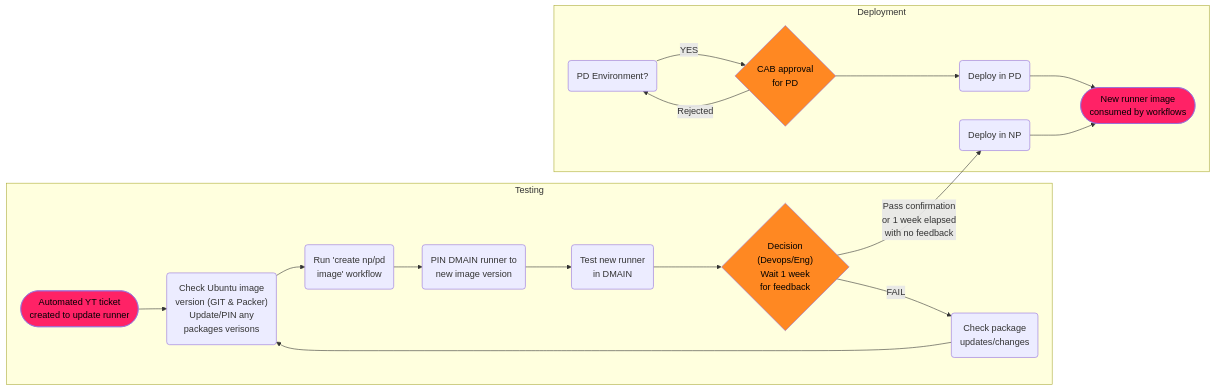
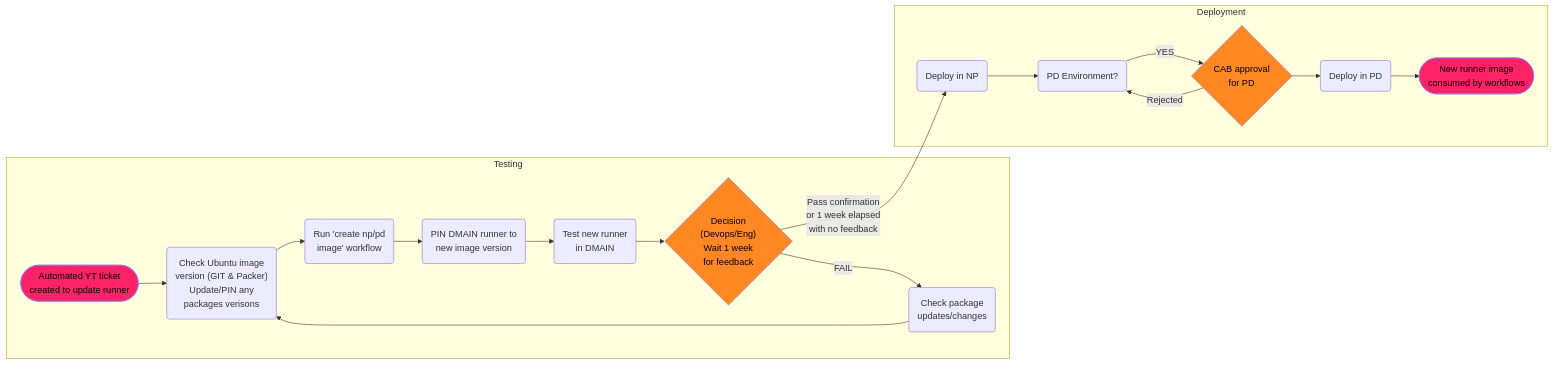
The diagram in memaid1.md (AlexBritton-CAL/markdown_testing), drawn with Mermaid before and after one commit.

````diff
--- a/memaid1.md
+++ b/memaid1.md
@@ -5,42 +5,42 @@
 ```mermaid
 
 flowchart LR
     A([Automated YT ticket<br>created to update runner])
     A:::firstLast
     B("Check Ubuntu image <br> version (GIT & Packer) <br> Update/PIN any <br> packages verisons")
     C("Run 'create np/pd <br> image' workflow")
     D(PIN DMAIN runner to <br> new image version)
     E(Test new runner <br> in DMAIN)
     F{"Decision<Br>(Devops/Eng)<br>Wait 1 week<br>for feedback"}
     F:::choice
     G(Check package<br>updates/changes)
     H(PD Environment?)
     I(Deploy in NP)
     J{CAB approval <br> for PD}
     J:::choice
     K(Deploy in PD)
     End([New runner image <br> consumed by workflows])
     End:::firstLast
 
     classDef firstLast fill:#f26,color:black
     classDef choice fill:#f82,color:black
 
     subgraph Testing
         A --> B
         B --> C
         C --> D
         D --> E
         E --> F
         F --FAIL--> G
         G ---> B
     end
     subgraph Deployment
         H --YES--> J
         J --> K
         J --Rejected--> H
         K --> End
-        I --> End
+        I --> H
     end
         F --Pass confirmation <br> or 1 week elapsed <br> with no feedback--> I
 
 ```
````
